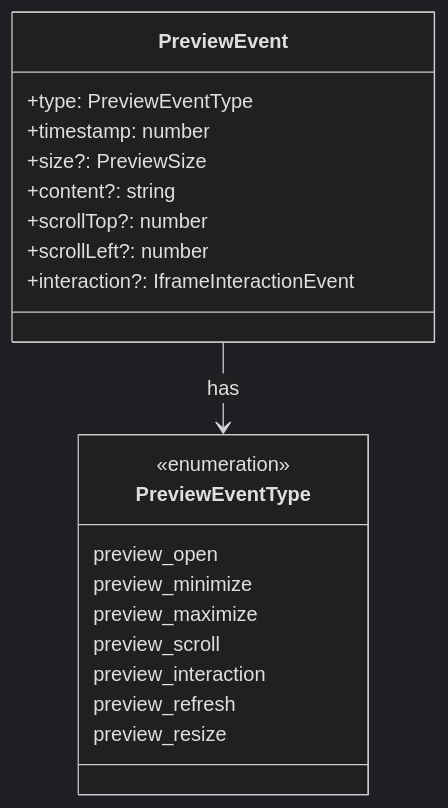
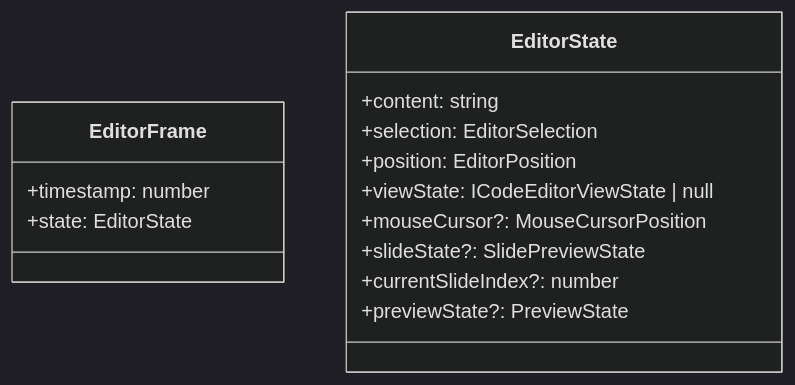
One commit to channyeintun/next-editor changed the second of 2 diagrams in docs/data-structures.md. Above: the diagram before and after it, drawn with Mermaid (dark theme). The commit also changed other lines of this file and 4 other files, not shown here.

````diff
--- a/docs/data-structures.md
+++ b/docs/data-structures.md
@@ -171,25 +75,18 @@
 ```mermaid
 classDiagram
-    class PreviewEvent {
-        +type: PreviewEventType
+    class EditorFrame {
         +timestamp: number
-        +size?: PreviewSize
-        +content?: string
-        +scrollTop?: number
-        +scrollLeft?: number
-        +interaction?: IframeInteractionEvent
+        +state: EditorState
     }
 
-    class PreviewEventType {
-        <<enumeration>>
-        preview_open
-        preview_minimize
-        preview_maximize
-        preview_scroll
-        preview_interaction
-        preview_refresh
-        preview_resize
+    class EditorState {
+        +content: string
+        +selection: EditorSelection
+        +position: EditorPosition
+        +viewState: ICodeEditorViewState | null
+        +mouseCursor?: MouseCursorPosition
+        +slideState?: SlidePreviewState
+        +currentSlideIndex?: number
+        +previewState?: PreviewState
     }
-
-    PreviewEvent --> PreviewEventType : has
 ```
````
